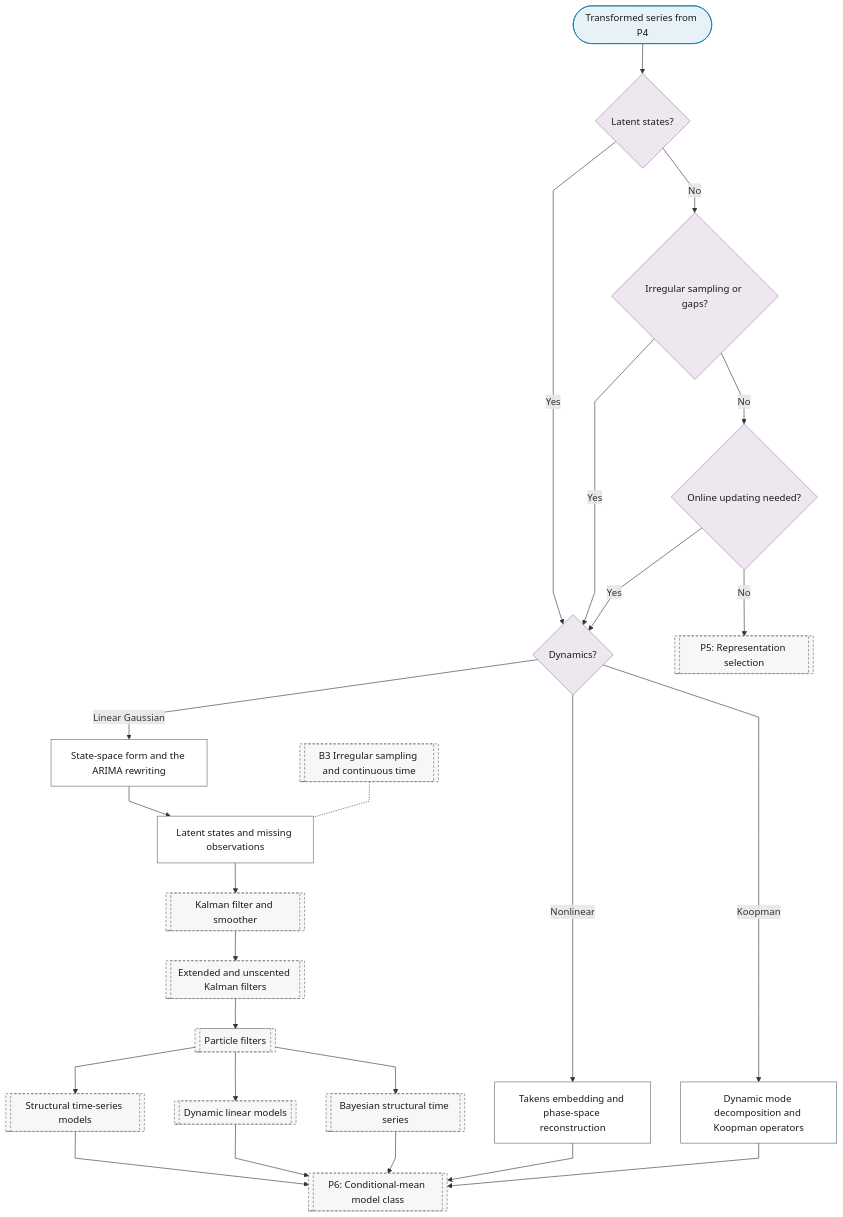
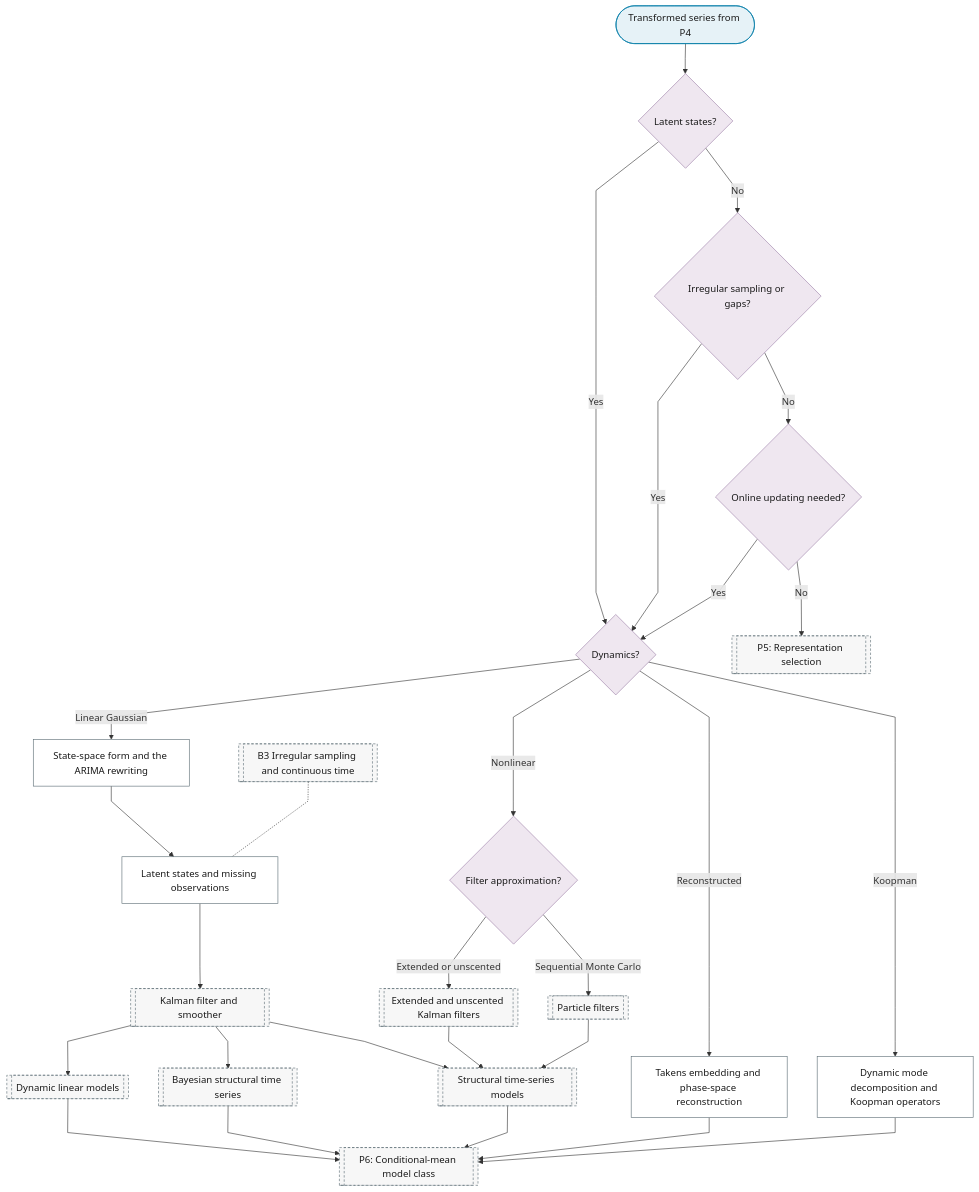
The diagram in docs/01-workflow/p05-representation/04-state-space.md (Shuxin-Y/time-series-analysis-manual), drawn with Mermaid before and after one commit. The commit also changed 5 other files, not shown here.

First line of the commit message:
fix(flowchart): the last alternative chains become fan-outs (rev1 M8, rev2 N10, rev3 N8)

````diff
--- a/docs/01-workflow/p05-representation/04-state-space.md
+++ b/docs/01-workflow/p05-representation/04-state-space.md
@@ -7,35 +7,36 @@
 ```mermaid
 %%{init: {"flowchart": {"curve": "linear"}}}%%
 graph TD
     P5_SS_IN(["Transformed series from P4"]) --> P5_SS_LATENT_STATES{"Latent states?"}
     P5_SS_LATENT_STATES -->|"Yes"| P5_SS_DYNAMICS{"Dynamics?"}
     P5_SS_LATENT_STATES -->|"No"| P5_SS_IRREGULAR{"Irregular sampling or gaps?"}
     P5_SS_IRREGULAR -->|"Yes"| P5_SS_DYNAMICS
     P5_SS_IRREGULAR -->|"No"| P5_SS_ONLINE{"Online updating needed?"}
     P5_SS_ONLINE -->|"Yes"| P5_SS_DYNAMICS
     P5_SS_ONLINE -->|"No"| P5[["P5: Representation selection"]]
     P5_SS_DYNAMICS -->|"Linear Gaussian"| P5_SS_FORM["State-space form and the ARIMA rewriting"]
-    P5_SS_DYNAMICS -->|"Nonlinear"| P5_SS_TAKENS["Takens embedding and phase-space reconstruction"]
+    P5_SS_DYNAMICS -->|"Nonlinear"| P5_SS_FILTER_Q{"Filter approximation?"}
+    P5_SS_DYNAMICS -->|"Reconstructed"| P5_SS_TAKENS["Takens embedding and phase-space reconstruction"]
     P5_SS_DYNAMICS -->|"Koopman"| P5_SS_DMD["Dynamic mode decomposition and Koopman operators"]
     P5_SS_FORM --> P5_SS_LATENT["Latent states and missing observations"]
     P5_SS_LATENT --> P8_KALMAN[["Kalman filter and smoother"]]
-    P8_KALMAN --> P8_NONLINEAR_FILTERS[["Extended and unscented Kalman filters"]]
-    P8_NONLINEAR_FILTERS --> P8_PARTICLE_FILTERS[["Particle filters"]]
-    P8_PARTICLE_FILTERS --> P6_STRUCTURAL_TS[["Structural time-series models"]]
-    P8_PARTICLE_FILTERS --> P6_DLM[["Dynamic linear models"]]
-    P8_PARTICLE_FILTERS --> P6_BSTS[["Bayesian structural time series"]]
+    P5_SS_FILTER_Q -->|"Extended or unscented"| P8_NONLINEAR_FILTERS[["Extended and unscented Kalman filters"]]
+    P5_SS_FILTER_Q -->|"Sequential Monte Carlo"| P8_PARTICLE_FILTERS[["Particle filters"]]
+    P8_KALMAN --> P6_DLM[["Dynamic linear models"]]
+    P8_KALMAN --> P6_BSTS[["Bayesian structural time series"]]
+    P8_KALMAN & P8_NONLINEAR_FILTERS & P8_PARTICLE_FILTERS --> P6_STRUCTURAL_TS[["Structural time-series models"]]
     B3[["B3 Irregular sampling and continuous time"]] -.- P5_SS_LATENT
     P6_STRUCTURAL_TS & P6_DLM & P6_BSTS & P5_SS_TAKENS & P5_SS_DMD --> P6[["P6: Conditional-mean model class"]]
     class P5_SS_IN terminator
-    class P5_SS_LATENT_STATES,P5_SS_DYNAMICS,P5_SS_IRREGULAR,P5_SS_ONLINE decision
+    class P5_SS_LATENT_STATES,P5_SS_DYNAMICS,P5_SS_IRREGULAR,P5_SS_ONLINE,P5_SS_FILTER_Q decision
     class P5_SS_FORM,P5_SS_TAKENS,P5_SS_DMD,P5_SS_LATENT process
-    class P5,P8_KALMAN,P8_NONLINEAR_FILTERS,P8_PARTICLE_FILTERS,P6_STRUCTURAL_TS,P6_DLM,P6_BSTS,B3,P6 ref
+    class P5,P8_KALMAN,P8_NONLINEAR_FILTERS,P8_PARTICLE_FILTERS,P6_DLM,P6_BSTS,P6_STRUCTURAL_TS,B3,P6 ref
     classDef terminator fill:#E6F2F7,stroke:#007BA7,color:#1A1A1A;
     classDef process fill:#FFFFFF,stroke:#5A6B73,color:#1A1A1A;
     classDef decision fill:#EFE7F0,stroke:#9B7FA7,color:#1A1A1A;
     classDef data fill:#FFF4E0,stroke:#C9A55E,color:#1A1A1A;
     classDef good fill:#DCEFD8,stroke:#4A7A3F,color:#1A1A1A;
     classDef escalate fill:#FFE9C2,stroke:#C9A55E,color:#1A1A1A;
     classDef problem fill:#F2D9DE,stroke:#800020,color:#1A1A1A;
     classDef ref fill:#F7F7F7,stroke:#5A6B73,color:#1A1A1A,stroke-dasharray:4 3;
 ```
````
